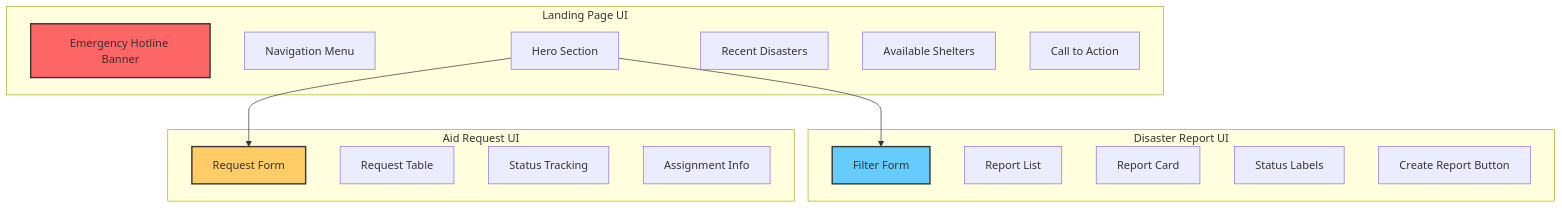
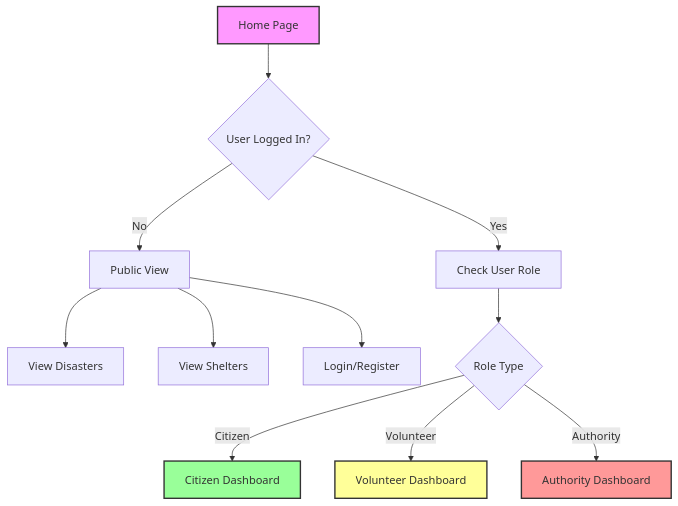
The second of 5 diagrams in README.md (laikee99/WOC7014), drawn with Mermaid before and after one commit. The commit also changed other lines of this file, not shown here.

````diff
--- a/README.md
+++ b/README.md
@@ -309,33 +309,20 @@
 ```mermaid
-flowchart TB
-    subgraph "Landing Page UI"
-        L1[Emergency Hotline Banner]
-        L2[Navigation Menu]
-        L3[Hero Section]
-        L4[Recent Disasters]
-        L5[Available Shelters]
-        L6[Call to Action]
-    end
+graph TD
+    A[Home Page] --> B{User Logged In?}
+    B -->|No| C[Public View]
+    B -->|Yes| D[Check User Role]
     
-    subgraph "Disaster Report UI"
-        D1[Filter Form]
-        D2[Report List]
-        D3[Report Card]
-        D4[Status Labels]
-        D5[Create Report Button]
-    end
+    C --> E[View Disasters]
+    C --> F[View Shelters]
+    C --> G[Login/Register]
     
-    subgraph "Aid Request UI"
-        A1[Request Form]
-        A2[Request Table]
-        A3[Status Tracking]
-        A4[Assignment Info]
-    end
+    D --> H{Role Type}
+    H -->|Citizen| I[Citizen Dashboard]
+    H -->|Volunteer| J[Volunteer Dashboard]
+    H -->|Authority| K[Authority Dashboard]
     
-    L3 --> D1
-    L3 --> A1
-    
-    style L1 fill:#f66,stroke:#333,stroke-width:2px
-    style D1 fill:#6cf,stroke:#333,stroke-width:2px
-    style A1 fill:#fc6,stroke:#333,stroke-width:2px
+    style A fill:#f9f,stroke:#333,stroke-width:2px
+    style I fill:#9f9,stroke:#333,stroke-width:2px
+    style J fill:#ff9,stroke:#333,stroke-width:2px
+    style K fill:#f99,stroke:#333,stroke-width:2px
 ```
````
